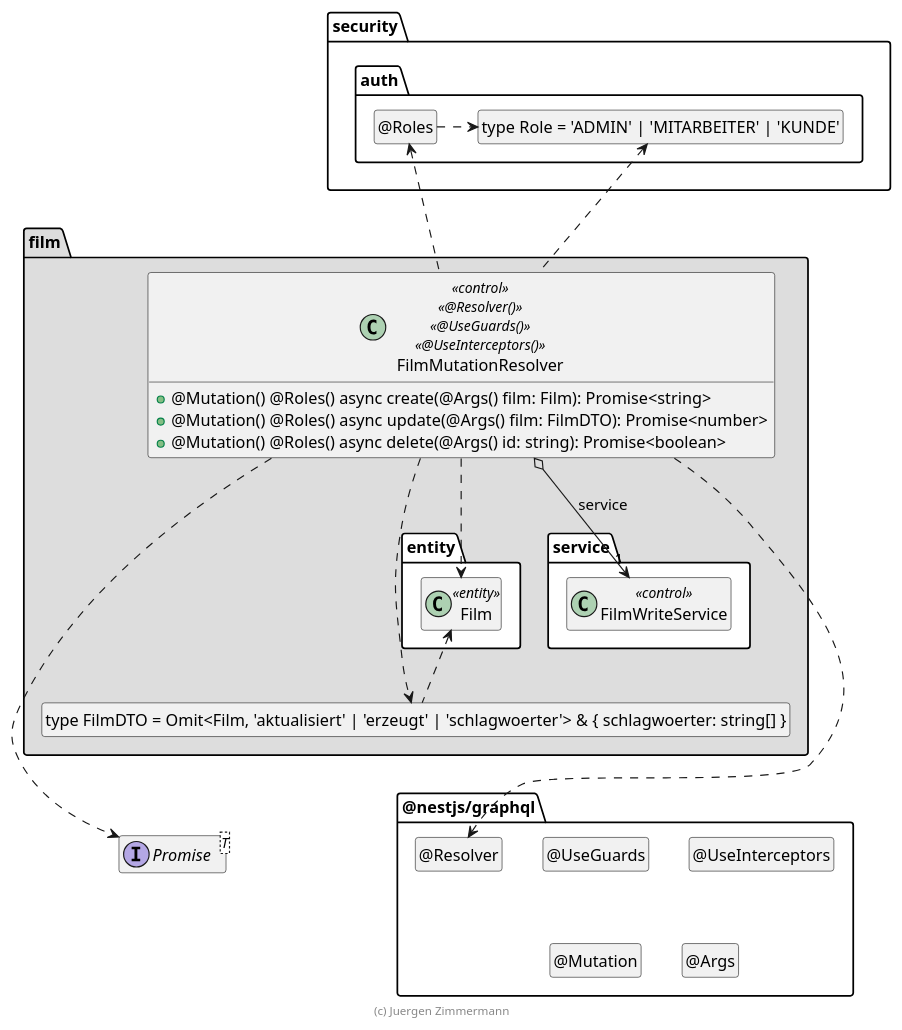
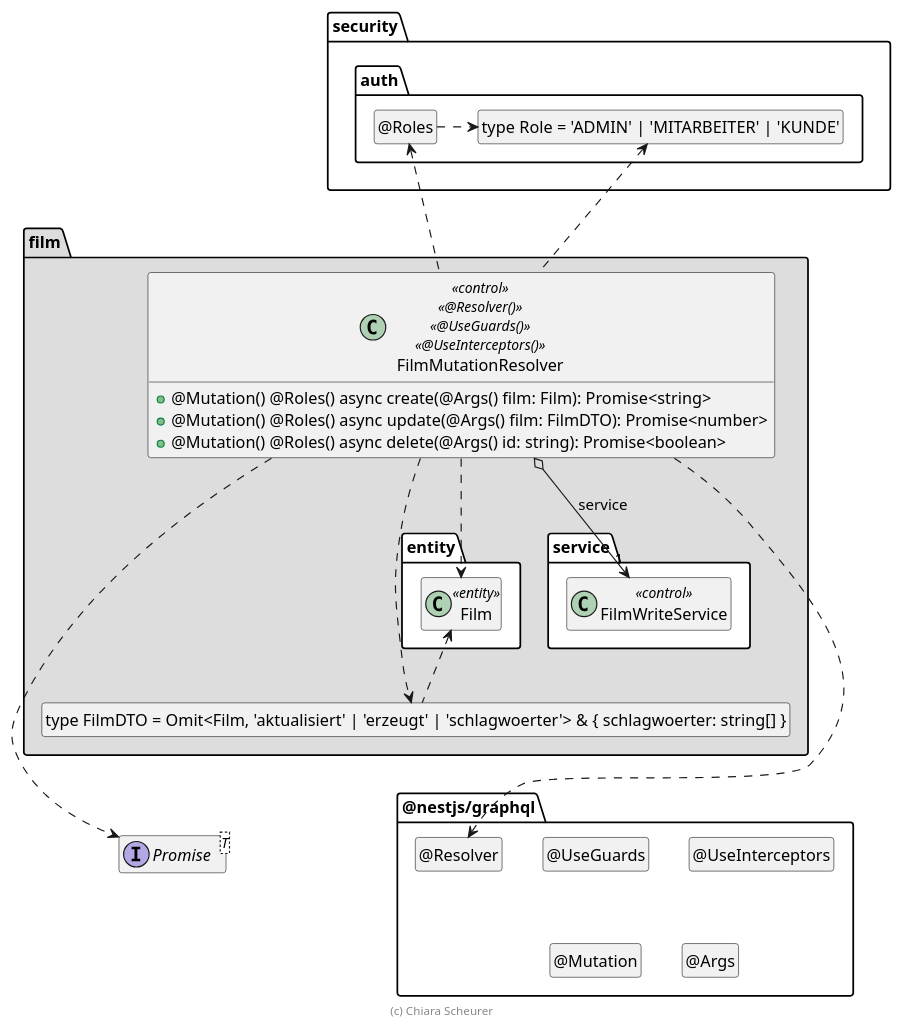
Before and after one commit to Yuszi/Film: the diagram in .extras/doc/entwicklerhandbuch/FilmMutationResolver.plantuml, drawn with PlantUML. The commit also changed other lines of this file, not shown here.

Commit message:
Mutation PlantUML

```diff
--- a/.extras/doc/entwicklerhandbuch/FilmMutationResolver.plantuml
+++ b/.extras/doc/entwicklerhandbuch/FilmMutationResolver.plantuml
@@ -18,69 +1,69 @@
 @startuml Controller-Klasse
 
 interface Promise<T>
 
 package @nestjs/graphql {
   class "@Resolver" as Resolver
   hide Resolver circle
 
   class "@UseGuards" as UseGuards
   hide UseGuards circle
 
   class "@UseInterceptors" as UseInterceptors
   hide UseInterceptors circle
 
   class "@Mutation" as Mutation
   hide Mutation circle
 
   class "@Args" as Args
   hide Args circle
 }
 
 package security.auth {
   class "type Role = 'ADMIN' | 'MITARBEITER' | 'KUNDE'" as Role
   hide Role circle
 
   class "@Roles" as Roles
   hide Roles circle
 
   Roles .right.> Role
 }
 
 package film #DDDDDD {
   package entity #FFFFFF {
     class Film <<entity>>
   }
 
   package service #FFFFFF {
     class FilmWriteService << control >>
   }
 
   class "type FilmDTO = Omit<Film, 'aktualisiert' | 'erzeugt' | 'schlagwoerter'> & { schlagwoerter: string[] }" as FilmDTO
   hide FilmDTO circle
 
   class FilmMutationResolver << control >> << @Resolver() >> << @UseGuards() >> << @UseInterceptors() >> {
     + @Mutation() @Roles() async create(@Args() film: Film): Promise<string>
     + @Mutation() @Roles() async update(@Args() film: FilmDTO): Promise<number>
     + @Mutation() @Roles() async delete(@Args() id: string): Promise<boolean>
   }
 
   FilmMutationResolver o-down-> "1" FilmWriteService : service
 
   FilmMutationResolver ..> Film
   FilmMutationResolver ..> FilmDTO
   FilmDTO .up.> Film
   FilmMutationResolver ..> Promise
   FilmMutationResolver ..> Resolver
 
   FilmMutationResolver .up.> Roles
   FilmMutationResolver .up.> Role
 
   FilmDTO .[hidden].> Promise
   FilmDTO .[hidden].> Resolver
 }
 
 hide empty members
 
-footer (c) Juergen Zimmermann
+footer (c) Chiara Scheurer
 
 @enduml
```
